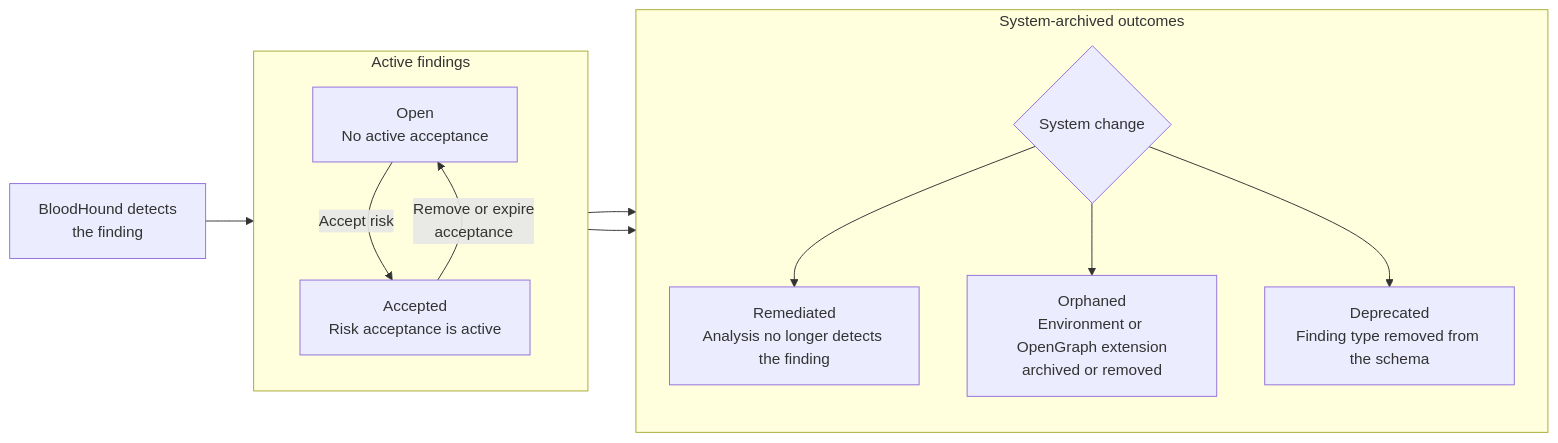
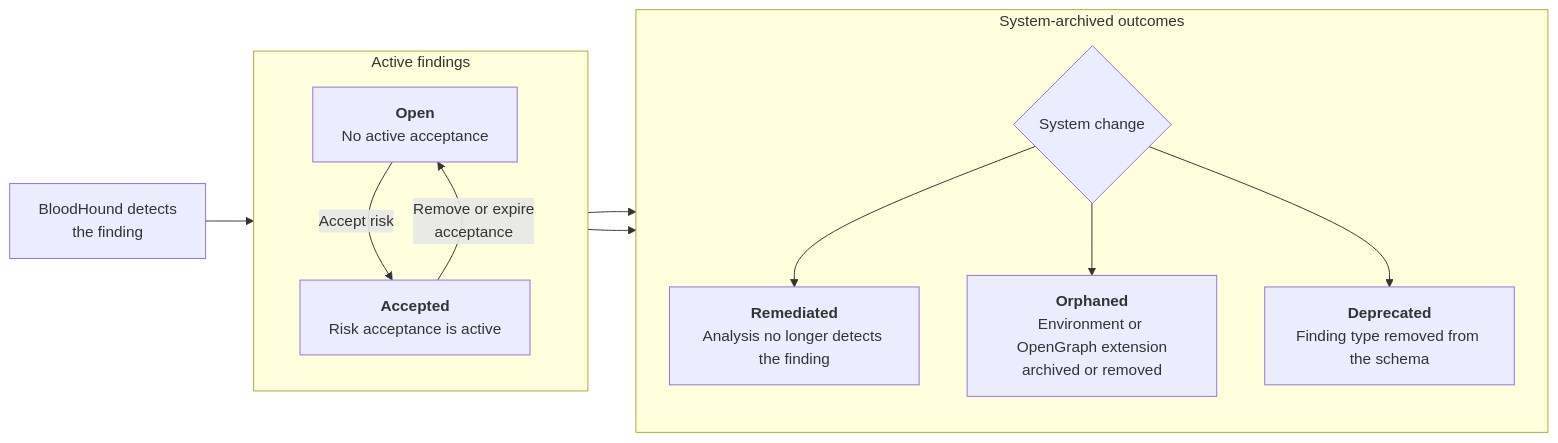
One commit to SpecterOps/bloodhound-docs changed the diagram in docs/analyze-data/findings/table-view.mdx. Above: the diagram before and after it, drawn with Mermaid.

Commit message:
Visually separate lifecycle headlines

````diff
--- a/docs/analyze-data/findings/table-view.mdx
+++ b/docs/analyze-data/findings/table-view.mdx
@@ -83,26 +83,26 @@
 ```mermaid
 flowchart LR
     detected["BloodHound detects<br/>the finding"] --> open
 
     subgraph active["Active findings"]
         direction TB
-        open["Open<br/>No active acceptance"]
-        accepted["Accepted<br/>Risk acceptance is active"]
+        open["<b>Open</b><br/>No active acceptance"]
+        accepted["<b>Accepted</b><br/>Risk acceptance is active"]
         open -->|"Accept risk"| accepted
         accepted -->|"Remove or expire<br/>acceptance"| open
     end
 
     open --> systemChange
     accepted --> systemChange
 
     subgraph archived["System-archived outcomes"]
         direction TB
         systemChange{"System change"}
-        remediated["Remediated<br/>Analysis no longer detects the finding"]
-        orphaned["Orphaned<br/>Environment or OpenGraph extension<br/>archived or removed"]
-        deprecated["Deprecated<br/>Finding type removed from the schema"]
+        remediated["<b>Remediated</b><br/>Analysis no longer detects the finding"]
+        orphaned["<b>Orphaned</b><br/>Environment or OpenGraph extension<br/>archived or removed"]
+        deprecated["<b>Deprecated</b><br/>Finding type removed from the schema"]
         systemChange --> remediated
         systemChange --> orphaned
         systemChange --> deprecated
     end
 ```
````
